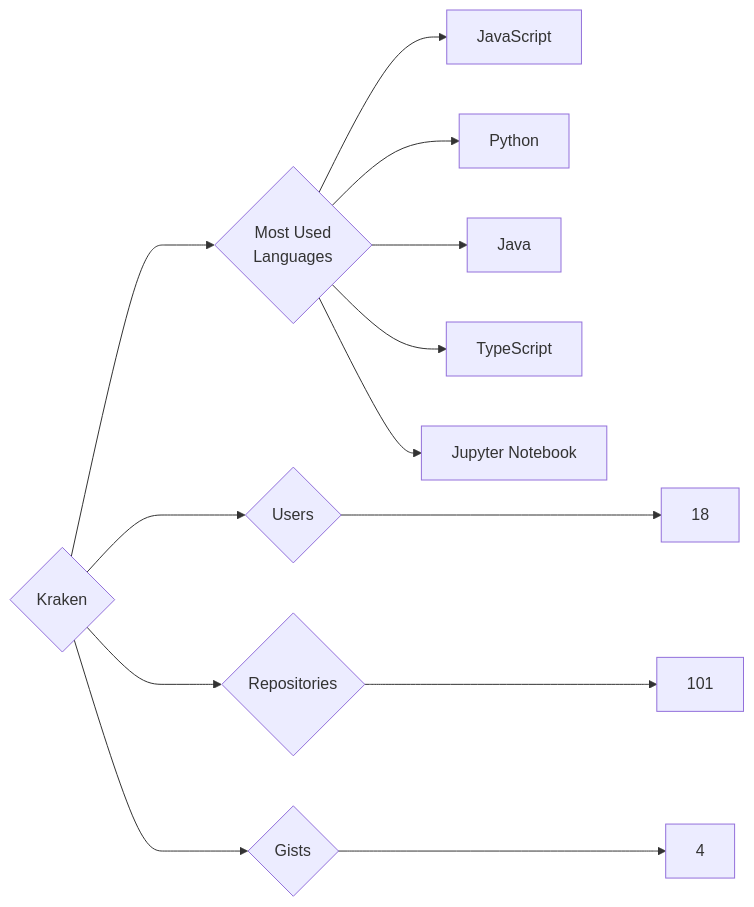
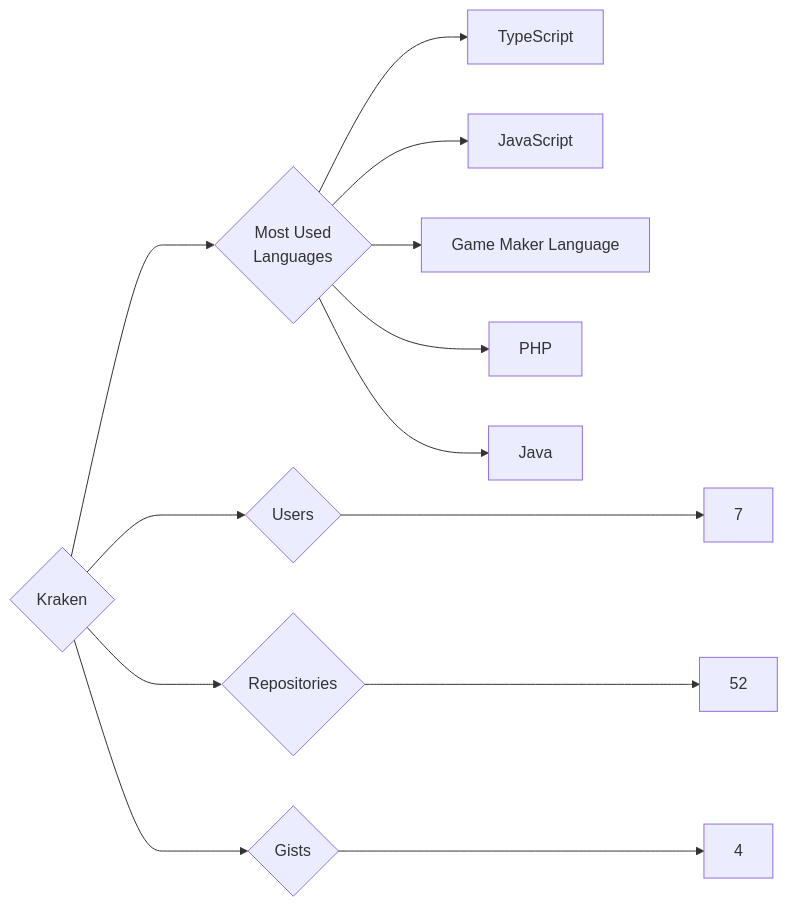
Before and after one commit to trickest/insiders: the diagram in targets/Kraken/README.md, drawn with Mermaid. The commit also changed 912 other files, not shown here.

````diff
--- a/targets/Kraken/README.md
+++ b/targets/Kraken/README.md
@@ -3,13 +3,13 @@
 ```mermaid
 graph LR
 COMPANY_NAME{Kraken}
-COMPANY_NAME ---> U{Users} ---> UN[18]
-COMPANY_NAME ---> R{Repositories} ---> RN[101]
+COMPANY_NAME ---> U{Users} ---> UN[7]
+COMPANY_NAME ---> R{Repositories} ---> RN[52]
 COMPANY_NAME ---> G{Gists} ---> GN[4]
 COMPANY_NAME ---> ML{Most Used<br>Languages}
+ML --> TypeScript[TypeScript]
 ML --> JavaScript[JavaScript]
-ML --> Python[Python]
+ML --> Game_Maker_Language[Game Maker Language]
+ML --> PHP[PHP]
 ML --> Java[Java]
-ML --> TypeScript[TypeScript]
-ML --> Jupyter_Notebook[Jupyter Notebook]
 ```
````
